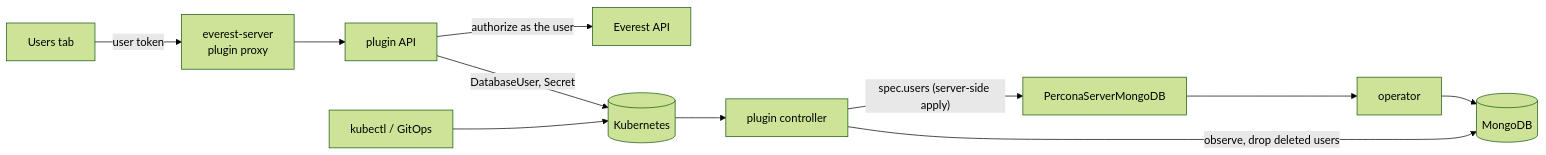
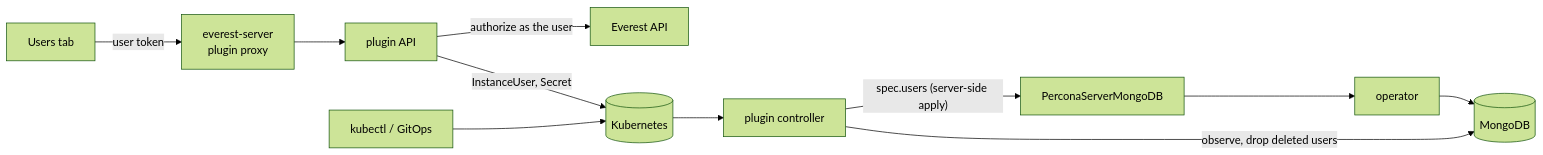
The diagram in README.md (openeverest/plugin-user-management), drawn with Mermaid (forest theme) before and after one commit. The commit also changed other lines of this file and 18 other files, not shown here.

First line of the commit message:
feat!: rename DatabaseUser to InstanceUser

````diff
--- a/README.md
+++ b/README.md
@@ -66,12 +66,12 @@
 ```mermaid
 flowchart LR
   UI["Users tab"] -->|user token| ES[everest-server<br/>plugin proxy]
   ES --> API[plugin API]
   API -->|authorize as the user| EV[Everest API]
-  API -->|DatabaseUser, Secret| K8S[(Kubernetes)]
+  API -->|InstanceUser, Secret| K8S[(Kubernetes)]
   CLI[kubectl / GitOps] --> K8S
   K8S --> CTRL[plugin controller]
   CTRL -->|"spec.users (server-side apply)"| CR[PerconaServerMongoDB]
   CR --> OP[operator] --> DB[(MongoDB)]
   CTRL -->|observe, drop deleted users| DB
 ```
````
